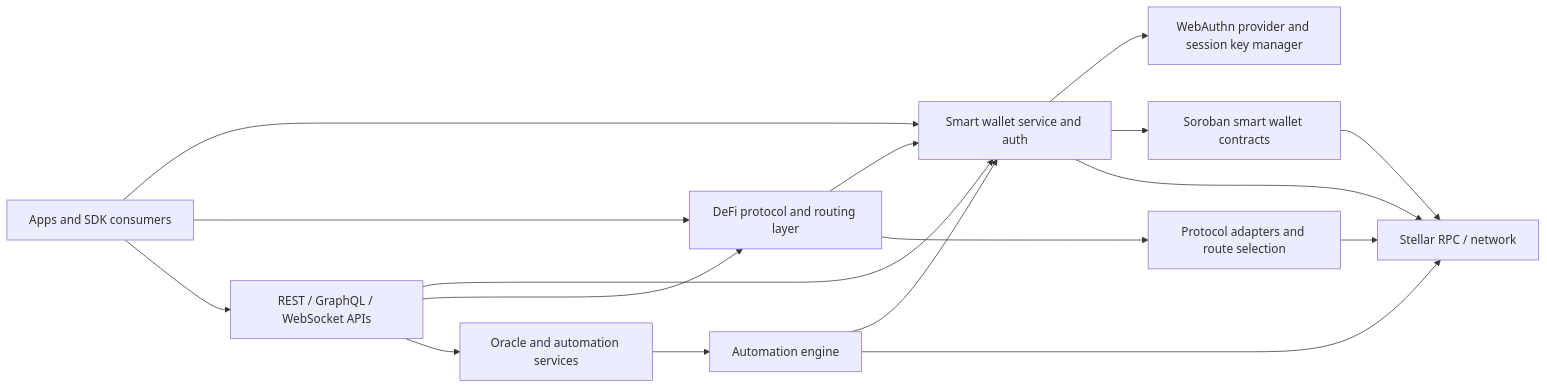
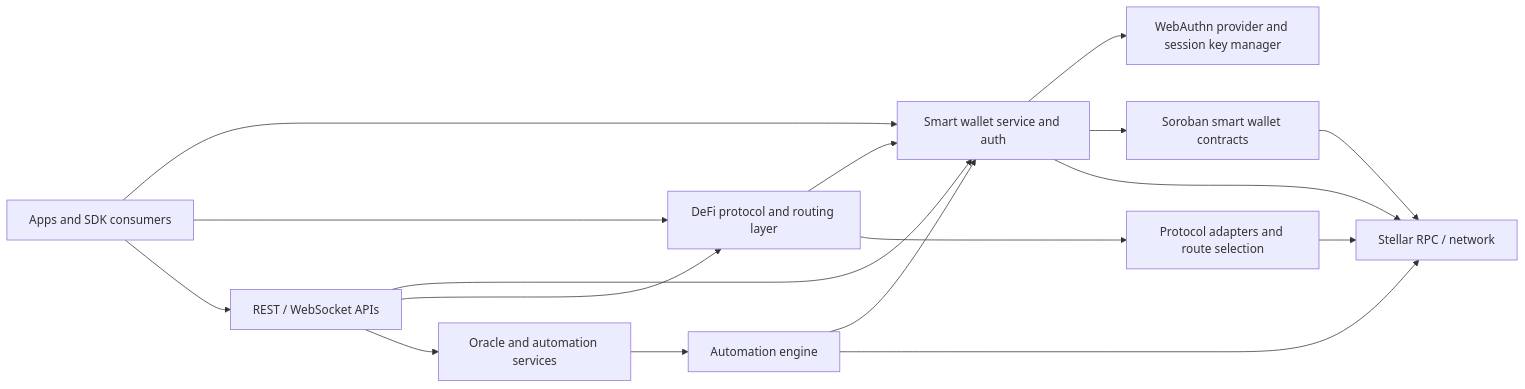
Before and after one commit to Galaxy-KJ/Galaxy-DevKit: the first of 6 diagrams in docs/architecture/architecture.md, drawn with Mermaid. The commit also changed other lines of this file and 14 other files, not shown here.

Commit message:
docs: withdraw unimplemented GraphQL package

````diff
--- a/docs/architecture/architecture.md
+++ b/docs/architecture/architecture.md
@@ -16,23 +16,23 @@
 ```mermaid
 flowchart LR
     Apps["Apps and SDK consumers"] --> Wallet["Smart wallet service and auth"]
     Apps --> Defi["DeFi protocol and routing layer"]
-    Apps --> Api["REST / GraphQL / WebSocket APIs"]
+    Apps --> Api["REST / WebSocket APIs"]
 
     Wallet --> Auth["WebAuthn provider and session key manager"]
     Wallet --> Contracts["Soroban smart wallet contracts"]
     Wallet --> Stellar["Stellar RPC / network"]
 
     Defi --> Wallet
     Defi --> Aggregators["Protocol adapters and route selection"]
     Aggregators --> Stellar
 
     Api --> Wallet
     Api --> Defi
     Api --> Oracles["Oracle and automation services"]
 
     Oracles --> Automation["Automation engine"]
     Automation --> Wallet
     Automation --> Stellar
     Contracts --> Stellar
 ```
````
